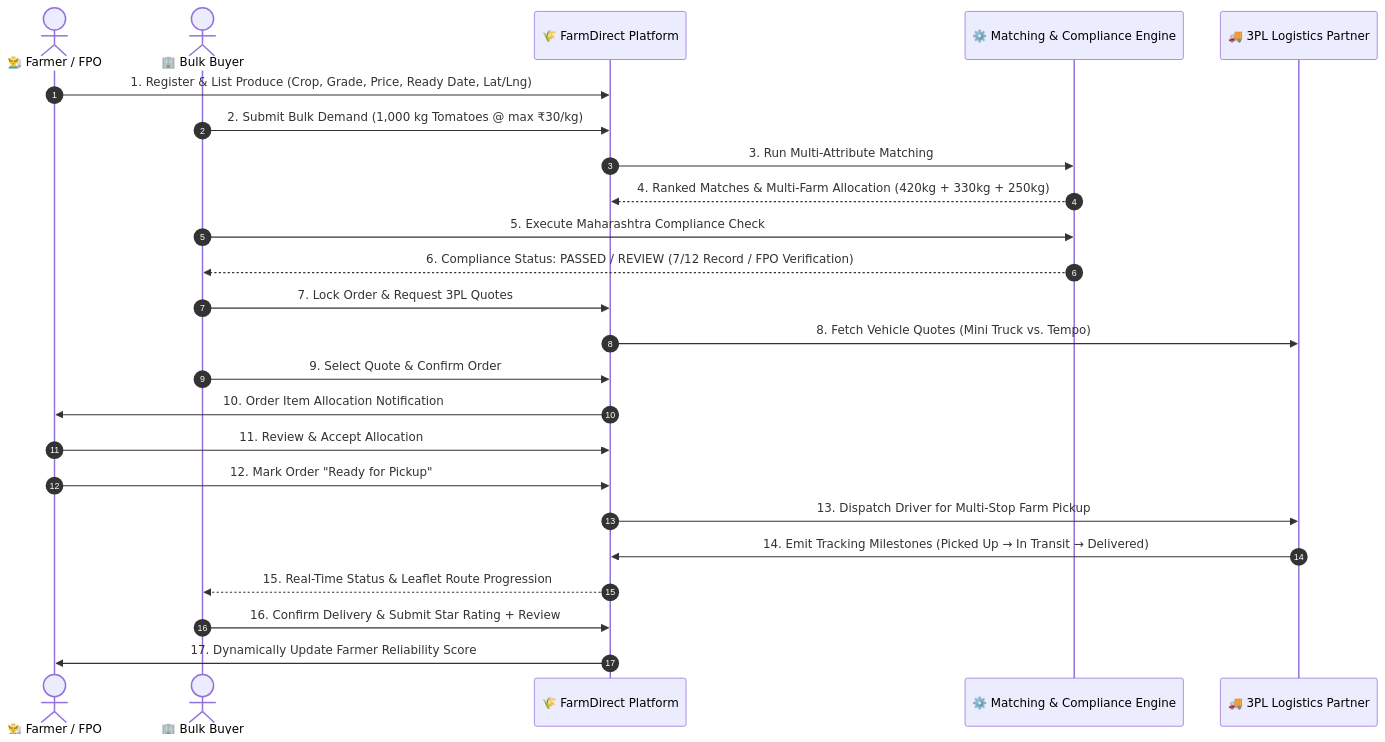
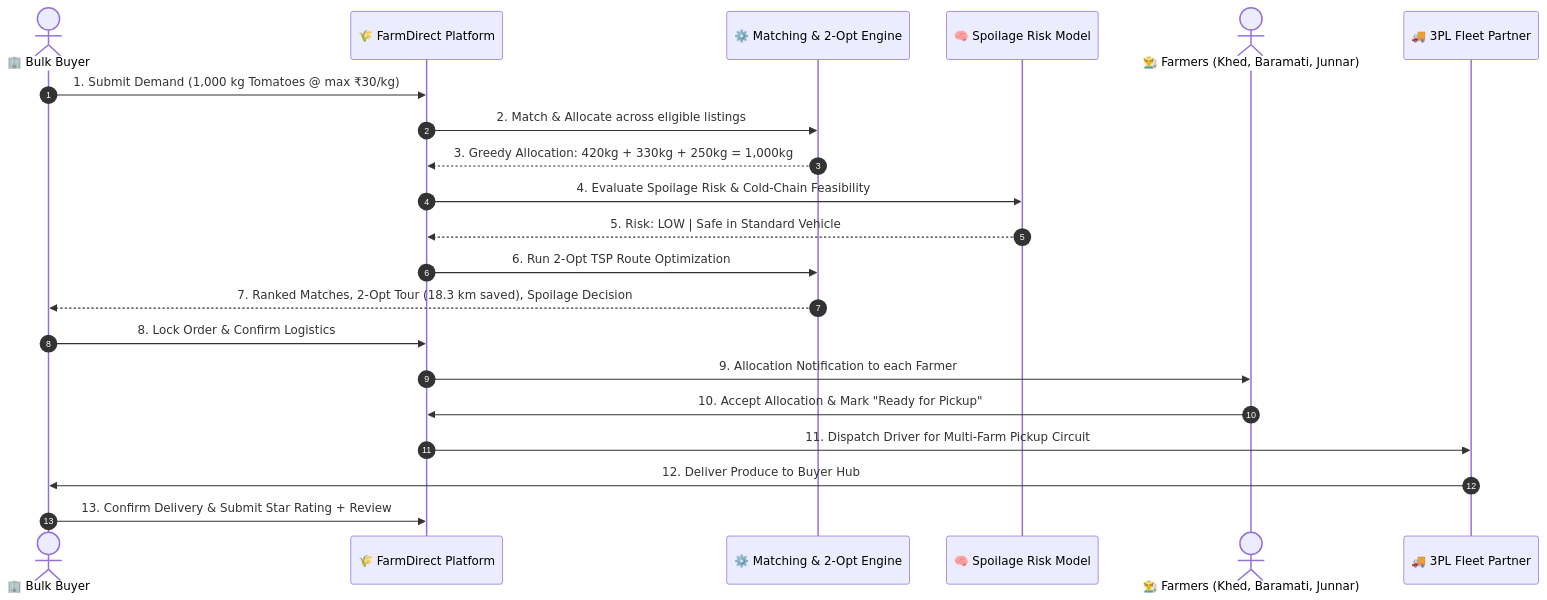
One commit to vedantm77/FarmDirect changed the first of 2 diagrams in README.md. Above: the diagram before and after it, drawn with Mermaid. The commit also changed other lines of this file and 25 other files, not shown here.

Commit message:
feat: add AI supply chain, consumer marketplace and smart logistics

````diff
--- a/README.md
+++ b/README.md
@@ -107,27 +168,24 @@
 ```mermaid
 sequenceDiagram
     autonumber
-    actor Farmer as 👨‍🌾 Farmer / FPO
     actor Buyer as 🏢 Bulk Buyer
-    participant Platform as 🌾 FarmDirect Platform
-    participant Engine as ⚙️ Matching & Compliance Engine
-    participant 3PL as 🚚 3PL Logistics Partner
+    participant API as 🌾 FarmDirect Platform
+    participant Engine as ⚙️ Matching & 2-Opt Engine
+    participant ML as 🧠 Spoilage Risk Model
+    actor Farmer as 👨‍🌾 Farmers (Khed, Baramati, Junnar)
+    participant Logistics as 🚚 3PL Fleet Partner
 
-    Farmer->>Platform: 1. Register & List Produce (Crop, Grade, Price, Ready Date, Lat/Lng)
-    Buyer->>Platform: 2. Submit Bulk Demand (1,000 kg Tomatoes @ max ₹30/kg)
-    Platform->>Engine: 3. Run Multi-Attribute Matching
-    Engine-->>Platform: 4. Ranked Matches & Multi-Farm Allocation (420kg + 330kg + 250kg)
-    Buyer->>Engine: 5. Execute Maharashtra Compliance Check
-    Engine-->>Buyer: 6. Compliance Status: PASSED / REVIEW (7/12 Record / FPO Verification)
-    Buyer->>Platform: 7. Lock Order & Request 3PL Quotes
-    Platform->>3PL: 8. Fetch Vehicle Quotes (Mini Truck vs. Tempo)
-    Buyer->>Platform: 9. Select Quote & Confirm Order
-    Platform->>Farmer: 10. Order Item Allocation Notification
-    Farmer->>Platform: 11. Review & Accept Allocation
-    Farmer->>Platform: 12. Mark Order "Ready for Pickup"
-    Platform->>3PL: 13. Dispatch Driver for Multi-Stop Farm Pickup
-    3PL->>Platform: 14. Emit Tracking Milestones (Picked Up → In Transit → Delivered)
-    Platform-->>Buyer: 15. Real-Time Status & Leaflet Route Progression
-    Buyer->>Platform: 16. Confirm Delivery & Submit Star Rating + Review
-    Platform->>Farmer: 17. Dynamically Update Farmer Reliability Score
+    Buyer->>API: 1. Submit Demand (1,000 kg Tomatoes @ max ₹30/kg)
+    API->>Engine: 2. Match & Allocate across eligible listings
+    Engine-->>API: 3. Greedy Allocation: 420kg + 330kg + 250kg = 1,000kg
+    API->>ML: 4. Evaluate Spoilage Risk & Cold-Chain Feasibility
+    ML-->>API: 5. Risk: LOW | Safe in Standard Vehicle
+    API->>Engine: 6. Run 2-Opt TSP Route Optimization
+    Engine-->>Buyer: 7. Ranked Matches, 2-Opt Tour (18.3 km saved), Spoilage Decision
+    Buyer->>API: 8. Lock Order & Confirm Logistics
+    API->>Farmer: 9. Allocation Notification to each Farmer
+    Farmer->>API: 10. Accept Allocation & Mark "Ready for Pickup"
+    API->>Logistics: 11. Dispatch Driver for Multi-Farm Pickup Circuit
+    Logistics->>Buyer: 12. Deliver Produce to Buyer Hub
+    Buyer->>API: 13. Confirm Delivery & Submit Star Rating + Review
 ```
````
